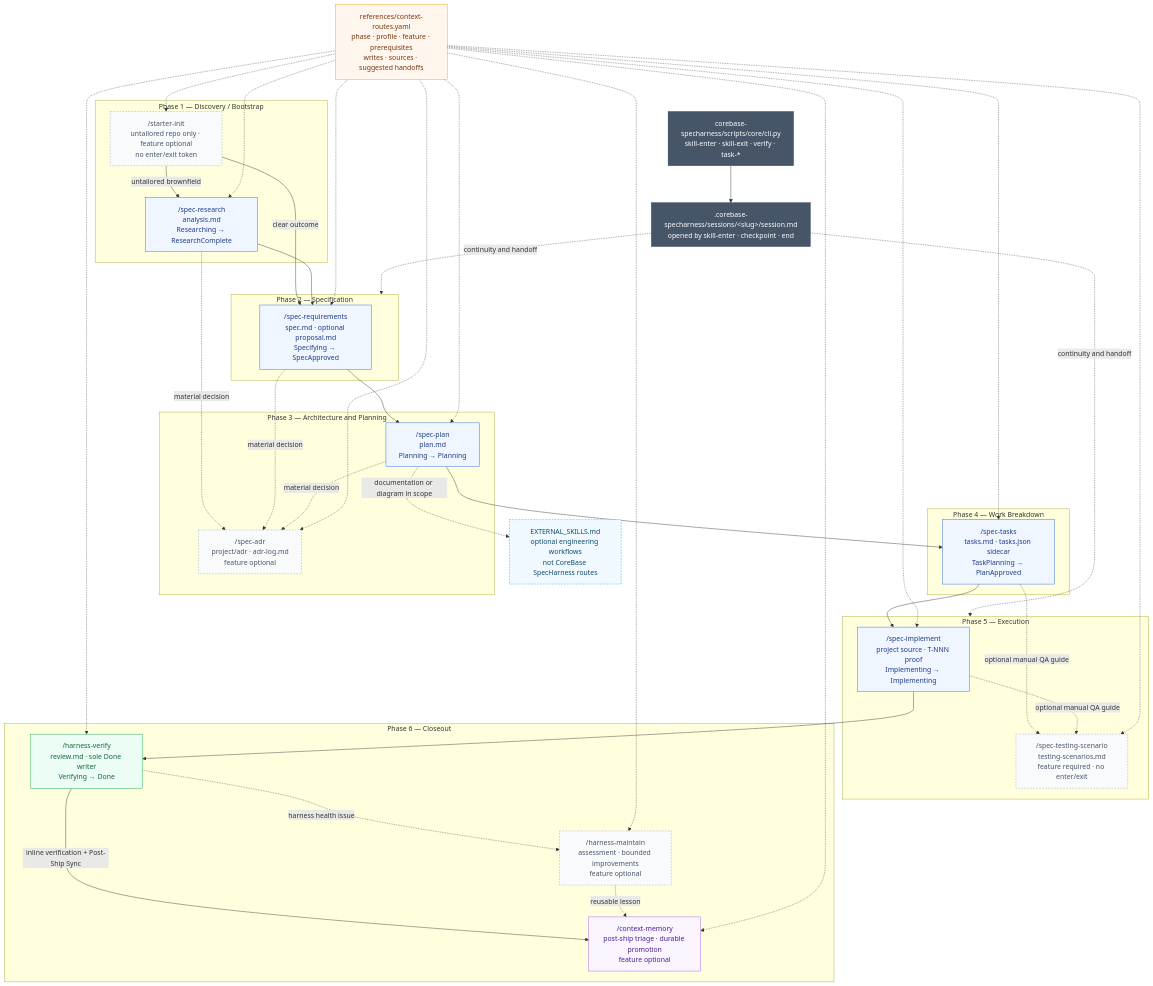
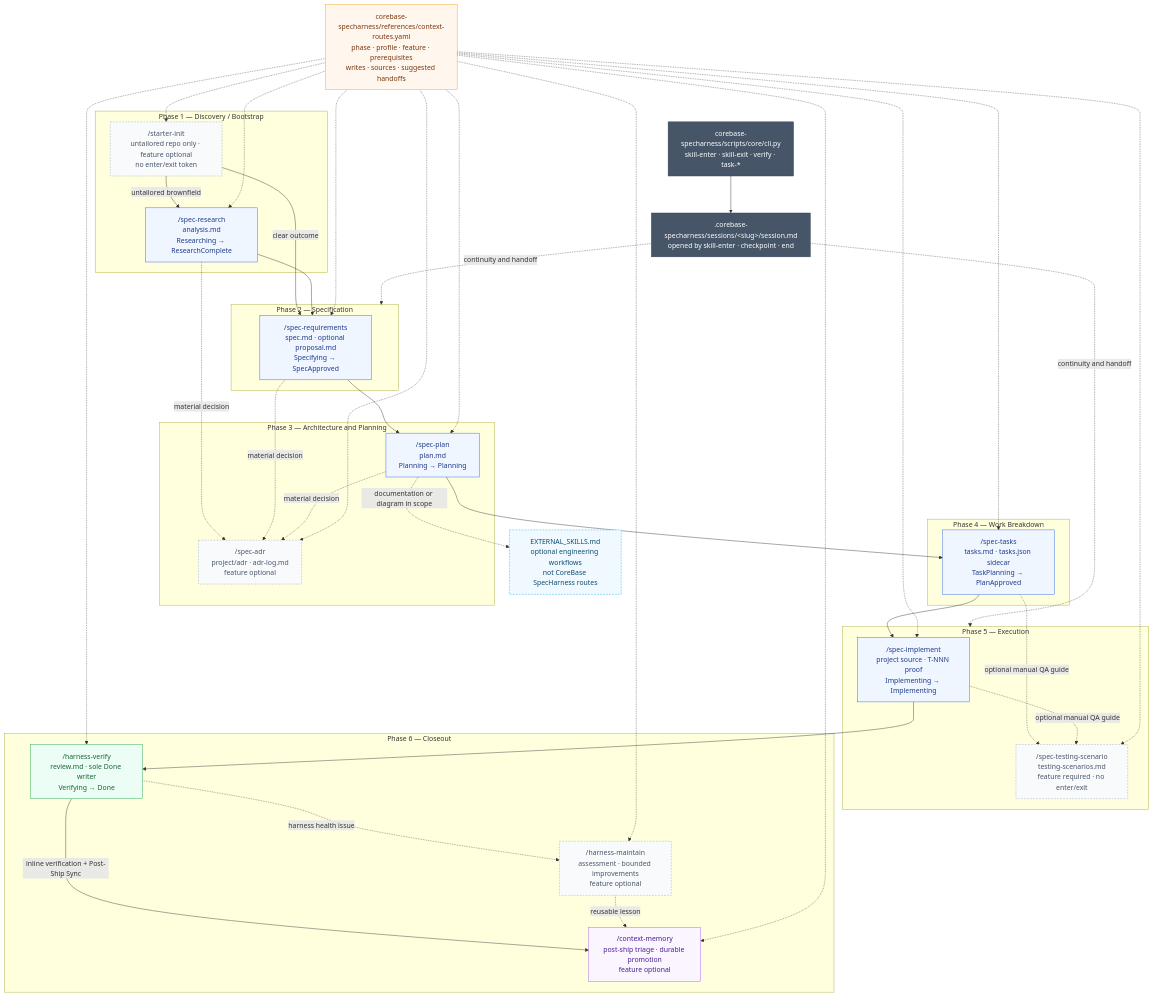
Before and after one commit to thaihai-swe/corebase-specharness: the diagram in documents/diagrams/source/architecture/skills-repository-architecture.mmd, drawn with Mermaid. The commit also changed 38 other files, not shown here.

First line of the commit message:
Refactor context routing and tool provider references

```diff
--- a/documents/diagrams/source/architecture/skills-repository-architecture.mmd
+++ b/documents/diagrams/source/architecture/skills-repository-architecture.mmd
@@ -1,88 +1,88 @@
 flowchart TB
     %% Direct skill topology — implementation authority:
-    %% WORKFLOW.md §4, skills/*/SKILL.md, and references/context-routes.yaml
+    %% WORKFLOW.md §4, skills/*/SKILL.md, and corebase-specharness/references/context-routes.yaml
     %% Palette: documents/diagrams/source/_shared/palette.md
 
     subgraph PHASE1["Phase 1 — Discovery / Bootstrap"]
         START["/starter-init<br/>untailored repo only · feature optional<br/>no enter/exit token"]:::optional
         RESEARCH["/spec-research<br/>analysis.md<br/>Researching → ResearchComplete"]:::core
     end
 
     subgraph PHASE2["Phase 2 — Specification"]
         REQUIREMENTS["/spec-requirements<br/>spec.md · optional proposal.md<br/>Specifying → SpecApproved"]:::core
     end
 
     subgraph PHASE3["Phase 3 — Architecture and Planning"]
         PLAN["/spec-plan<br/>plan.md<br/>Planning → Planning"]:::core
         ADR["/spec-adr<br/>project/adr · adr-log.md<br/>feature optional"]:::optional
     end
 
     subgraph PHASE4["Phase 4 — Work Breakdown"]
         TASKS["/spec-tasks<br/>tasks.md · tasks.json sidecar<br/>TaskPlanning → PlanApproved"]:::core
     end
 
     subgraph PHASE5["Phase 5 — Execution"]
         IMPL["/spec-implement<br/>project source · T-NNN proof<br/>Implementing → Implementing"]:::core
         TESTING["/spec-testing-scenario<br/>testing-scenarios.md<br/>feature required · no enter/exit"]:::optional
     end
 
     subgraph PHASE6["Phase 6 — Closeout"]
         VERIFY["/harness-verify<br/>review.md · sole Done writer<br/>Verifying → Done"]:::gate
         MEMORY["/context-memory<br/>post-ship triage · durable promotion<br/>feature optional"]:::memory
         HARNESS["/harness-maintain<br/>assessment · bounded improvements<br/>feature optional"]:::optional
     end
 
-    ROUTES["references/context-routes.yaml<br/>phase · profile · feature · prerequisites<br/>writes · sources · suggested handoffs"]:::decision
+    ROUTES["corebase-specharness/references/context-routes.yaml<br/>phase · profile · feature · prerequisites<br/>writes · sources · suggested handoffs"]:::decision
     SESSION[".corebase-specharness/sessions/&lt;slug&gt;/session.md<br/>opened by skill-enter · checkpoint · end"]:::agent
     CLI["corebase-specharness/scripts/core/cli.py<br/>skill-enter · skill-exit · verify · task-*"]:::agent
     EXTERNAL["EXTERNAL_SKILLS.md<br/>optional engineering workflows<br/>not CoreBase SpecHarness routes"]:::external
 
     START -->|untailored brownfield| RESEARCH
     START -->|clear outcome| REQUIREMENTS
     RESEARCH --> REQUIREMENTS
     REQUIREMENTS --> PLAN
     PLAN --> TASKS
     TASKS --> IMPL
     IMPL --> VERIFY
     VERIFY -->|inline verification + Post-Ship Sync| MEMORY
 
     RESEARCH -.->|material decision| ADR
     REQUIREMENTS -.->|material decision| ADR
     PLAN -.->|material decision| ADR
     TASKS -.->|optional manual QA guide| TESTING
     IMPL -.->|optional manual QA guide| TESTING
     VERIFY -.->|harness health issue| HARNESS
     HARNESS -.->|reusable lesson| MEMORY
     PLAN -.->|documentation or diagram in scope| EXTERNAL
 
     ROUTES -.-> START
     ROUTES -.-> RESEARCH
     ROUTES -.-> REQUIREMENTS
     ROUTES -.-> PLAN
     ROUTES -.-> TASKS
     ROUTES -.-> IMPL
     ROUTES -.-> VERIFY
     ROUTES -.-> MEMORY
     ROUTES -.-> HARNESS
     ROUTES -.-> ADR
     ROUTES -.-> TESTING
     CLI --> SESSION
     SESSION -.->|continuity and handoff| PHASE2
     SESSION -.->|continuity and handoff| PHASE5
 
     classDef terminal fill:#111827,stroke:#111827,color:#fff
     classDef core fill:#eff6ff,stroke:#2563eb,color:#1e3a8a
     classDef gate fill:#ecfdf5,stroke:#16a34a,color:#166534
     classDef decision fill:#fff7ed,stroke:#f59e0b,color:#78350f
     classDef optional fill:#f8fafc,stroke:#94a3b8,color:#475569,stroke-dasharray:4 3
     classDef external fill:#f0f9ff,stroke:#0ea5e9,color:#0c4a6e,stroke-dasharray:4 3
     classDef memory fill:#faf5ff,stroke:#a855f7,color:#4c1d95
     classDef agent fill:#475569,stroke:#334155,color:#fff
 
     class RESEARCH,REQUIREMENTS,PLAN,TASKS,IMPL core
     class VERIFY gate
     class ROUTES decision
     class START,ADR,TESTING,HARNESS optional
     class EXTERNAL external
     class MEMORY memory
     class SESSION,CLI agent
```
